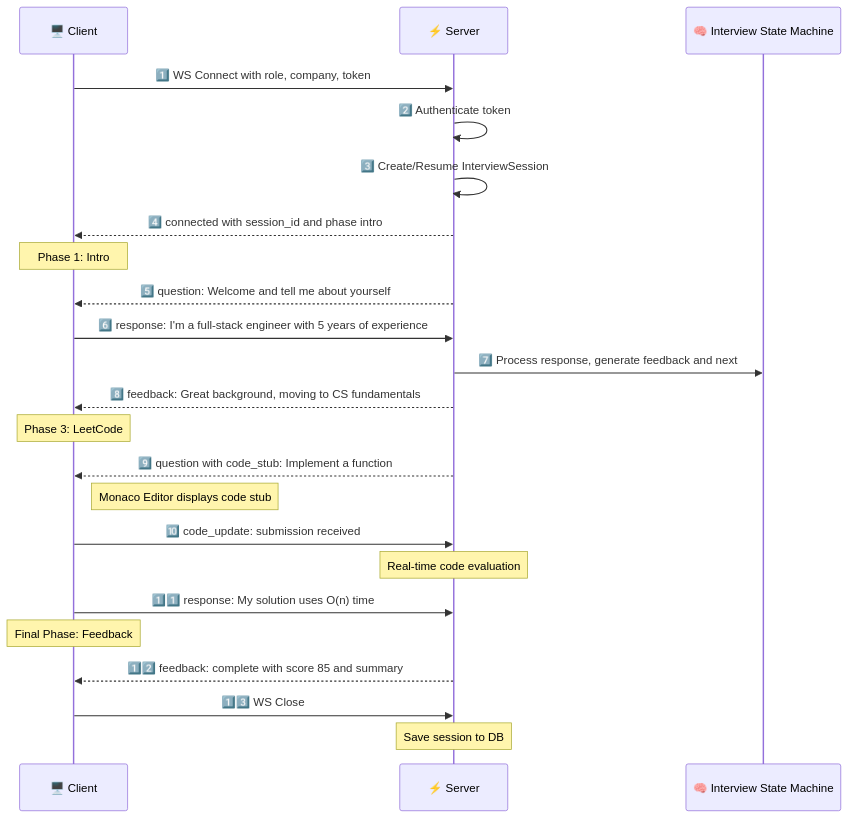
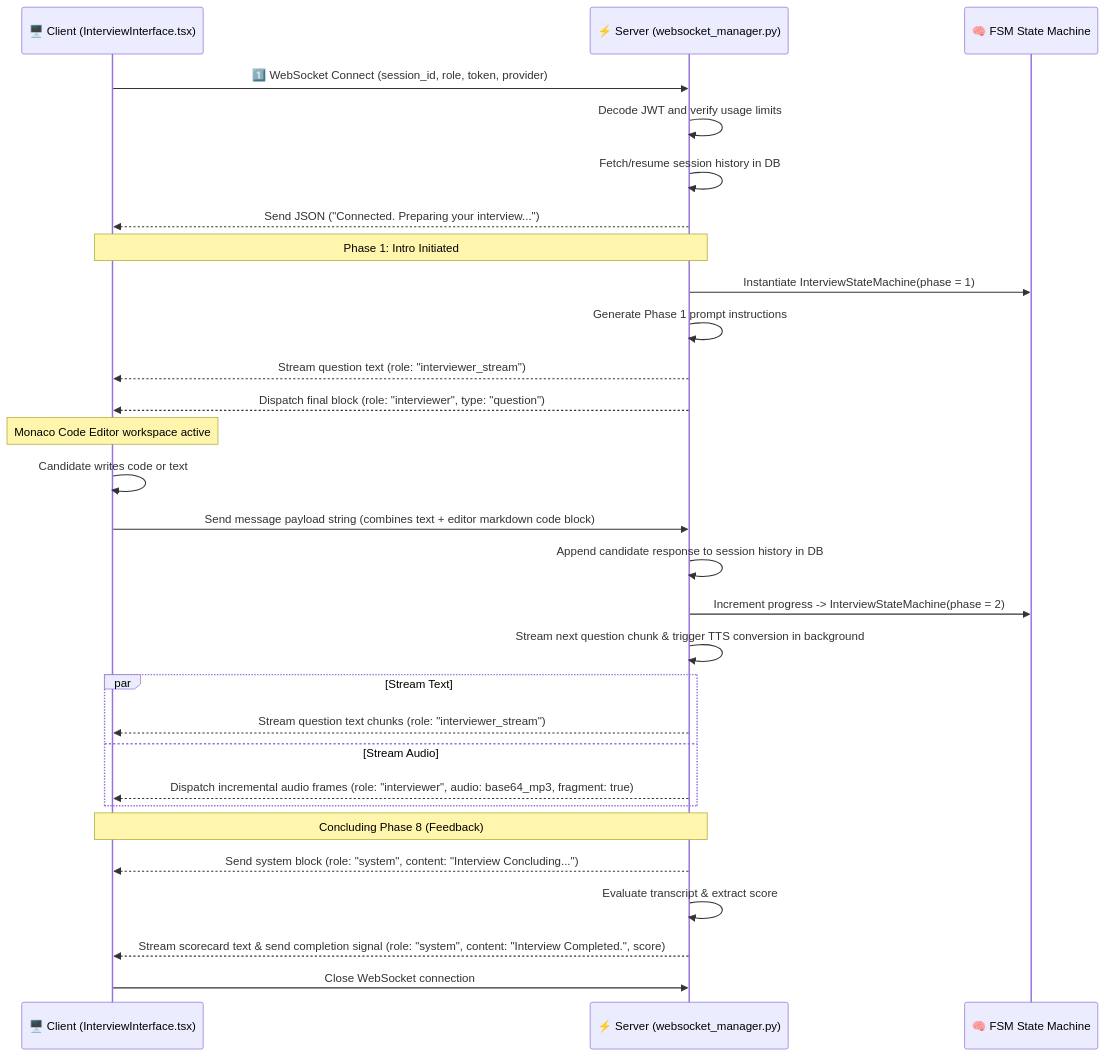
Diagram 28 of 33 in documentation/ARCHITECTURE.md (Anil-Pradhan-web/ai-career-mentor), drawn with Mermaid before and after one commit. The commit also changed other lines of this file and 3 other files, not shown here.

First line of the commit message:
docs: update all documentation — ARCHITECTURE, SYSTEM, API, DOCKER_GUIDE verified against codebase

````diff
--- a/documentation/ARCHITECTURE.md
+++ b/documentation/ARCHITECTURE.md
@@ -1850,33 +1934,37 @@
 ```mermaid
 sequenceDiagram
-    participant C as 🖥️ Client
-    participant S as ⚡ Server
-    participant I as 🧠 Interview State Machine
+    participant Client as 🖥️ Client (InterviewInterface.tsx)
+    participant Server as ⚡ Server (websocket_manager.py)
+    participant FSM as 🧠 FSM State Machine
 
-    C->>S: 1️⃣ WS Connect with role, company, token
-    S->>S: 2️⃣ Authenticate token
-    S->>S: 3️⃣ Create/Resume InterviewSession
-    S-->>C: 4️⃣ connected with session_id and phase intro
+    Client->>Server: 1️⃣ WebSocket Connect (session_id, role, token, provider)
+    Server->>Server: Decode JWT and verify usage limits
+    Server->>Server: Fetch/resume session history in DB
+    Server-->>Client: Send JSON ("Connected. Preparing your interview...")
     
-    Note over C: Phase 1: Intro
-    S-->>C: 5️⃣ question: Welcome and tell me about yourself
+    Note over Client, Server: Phase 1: Intro Initiated
+    Server->>FSM: Instantiate InterviewStateMachine(phase = 1)
+    Server->>Server: Generate Phase 1 prompt instructions
+    Server-->>Client: Stream question text (role: "interviewer_stream")
+    Server-->>Client: Dispatch final block (role: "interviewer", type: "question")
+
+    Note over Client: Monaco Code Editor workspace active
+    Client->>Client: Candidate writes code or text
+    Client->>Server: Send message payload string (combines text + editor markdown code block)
     
-    C->>S: 6️⃣ response: I'm a full-stack engineer with 5 years of experience
-    S->>I: 7️⃣ Process response, generate feedback and next
-    S-->>C: 8️⃣ feedback: Great background, moving to CS fundamentals
+    Server->>Server: Append candidate response to session history in DB
+    Server->>FSM: Increment progress -> InterviewStateMachine(phase = 2)
+    Server->>Server: Stream next question chunk & trigger TTS conversion in background
     
-    Note over C: Phase 3: LeetCode
-    S-->>C: 9️⃣ question with code_stub: Implement a function
-    Note right of C: Monaco Editor displays code stub
+    par Stream Text
+        Server-->>Client: Stream question text chunks (role: "interviewer_stream")
+    and Stream Audio
+        Server-->>Client: Dispatch incremental audio frames (role: "interviewer", audio: base64_mp3, fragment: true)
+    end
     
-    C->>S: 🔟 code_update: submission received
-    Note over S: Real-time code evaluation
-    
-    C->>S: 1️⃣1️⃣ response: My solution uses O(n) time
-    
-    Note over C: Final Phase: Feedback
-    S-->>C: 1️⃣2️⃣ feedback: complete with score 85 and summary
-    C->>S: 1️⃣3️⃣ WS Close
-    
-    Note over S: Save session to DB
+    Note over Client, Server: Concluding Phase 8 (Feedback)
+    Server-->>Client: Send system block (role: "system", content: "Interview Concluding...")
+    Server->>Server: Evaluate transcript & extract score
+    Server-->>Client: Stream scorecard text & send completion signal (role: "system", content: "Interview Completed.", score)
+    Client->>Server: Close WebSocket connection
 ```
````
